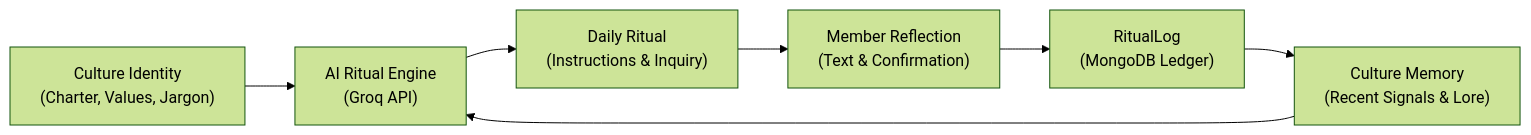
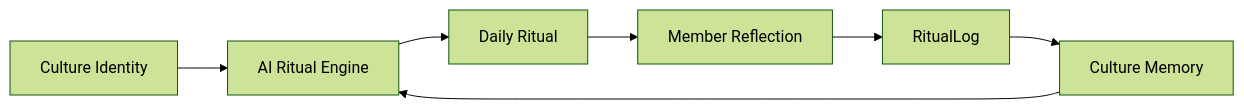
The diagram in README.md (tanmayyyyayyy/micro-culture), drawn with Mermaid (forest theme) before and after one commit. The commit also changed other lines of this file, not shown here.

````diff
--- a/README.md
+++ b/README.md
@@ -29,9 +85,9 @@
 ```mermaid
 flowchart LR
-    A["Culture Identity\n(Charter, Values, Jargon)"] --> B["AI Ritual Engine\n(Groq API)"]
-    B --> C["Daily Ritual\n(Instructions & Inquiry)"]
-    C --> D["Member Reflection\n(Text & Confirmation)"]
-    D --> E["RitualLog\n(MongoDB Ledger)"]
-    E --> F["Culture Memory\n(Recent Signals & Lore)"]
+    A[Culture Identity] --> B[AI Ritual Engine]
+    B --> C[Daily Ritual]
+    C --> D[Member Reflection]
+    D --> E[RitualLog]
+    E --> F[Culture Memory]
     F --> B
 ```
````
